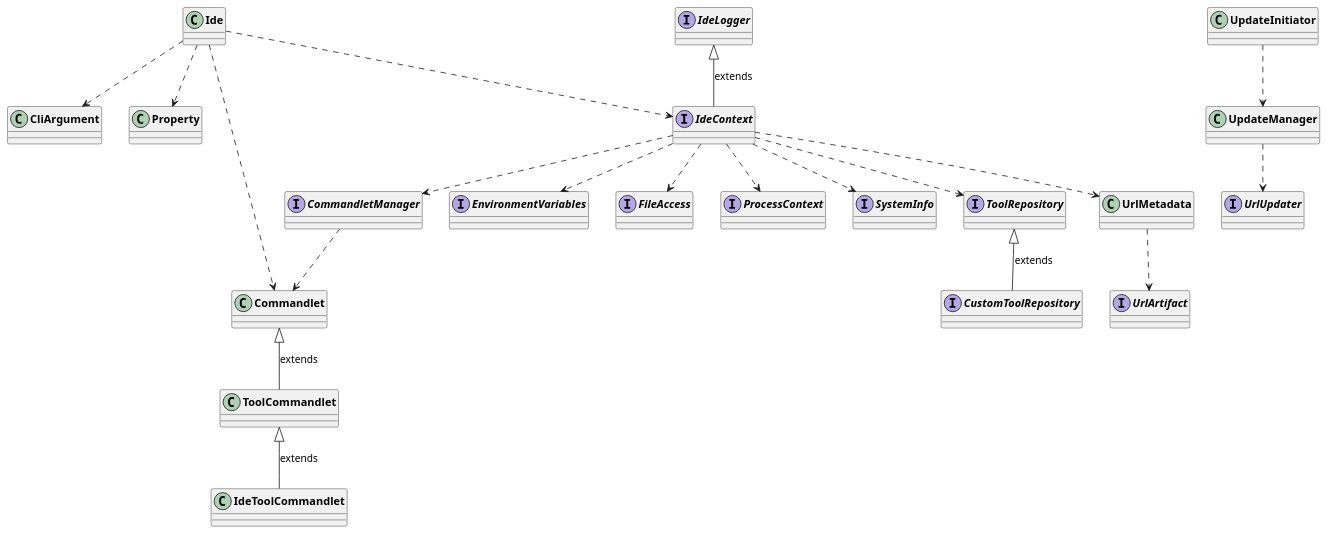
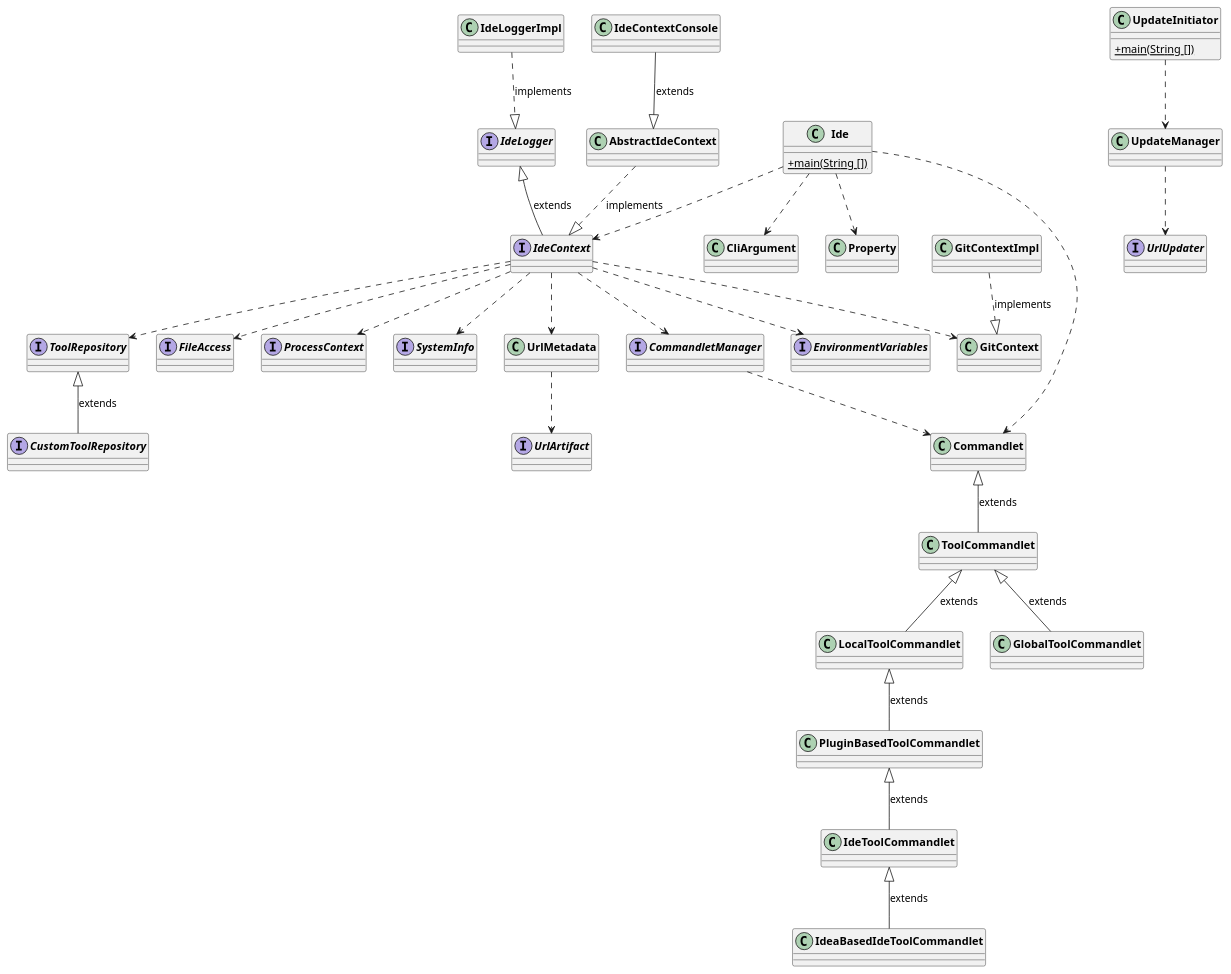
Before and after one commit to devonfw/IDEasy: the diagram in documentation/images/design.puml, drawn with PlantUML.

Commit message:
Add new classes and interfaces

```diff
--- a/documentation/images/design.puml
+++ b/documentation/images/design.puml
@@ -1,63 +1,83 @@
 @startuml
 skinparam classFontStyle bold
 skinparam classAttributeIconSize 0
 
 '''' Attributes and methods '''
 
-class Ide
+class Ide {
+  {static} +main(String [])
+}
 
 class CliArgument
 class Property
 
 interface IdeLogger
 interface IdeContext
 
 interface CommandletManager
 interface EnvironmentVariables
 interface FileAccess
 interface ProcessContext
 interface SystemInfo
 
 interface ToolRepository
 interface CustomToolRepository
 
 class UrlMetadata
 interface UrlArtifact
 
 class Commandlet
 class ToolCommandlet
+class LocalToolCommandlet
+class GlobalToolCommandlet
+class PluginBasedToolCommandlet
 class IdeToolCommandlet
+class IdeaBasedIdeToolCommandlet
 
-class UpdateInitiator
+class UpdateInitiator{
+  {static} +main(String [])
+}
+
 class UpdateManager
 interface UrlUpdater
 
 
 '''' Relations '''
 
 Ide ..> CliArgument
 Ide ..> Property
 Ide ..> Commandlet
 Ide ..> IdeContext
 
 IdeLogger <|-- IdeContext : extends
 
 IdeContext ..> CommandletManager
 IdeContext ..> EnvironmentVariables
 IdeContext ..> FileAccess
 IdeContext ..> ProcessContext
 IdeContext ..> SystemInfo
 IdeContext ..> ToolRepository
 IdeContext ..> UrlMetadata
+IdeContext ..> GitContext
 UrlMetadata ..> UrlArtifact
+
+AbstractIdeContext ..|> IdeContext : implements
+IdeContextConsole --|> AbstractIdeContext : extends
+IdeLoggerImpl ..|> IdeLogger : implements
+
+GitContextImpl ..|> GitContext  : implements
 
 CommandletManager ..> Commandlet
 Commandlet <|-- ToolCommandlet : extends
-ToolCommandlet <|-- IdeToolCommandlet : extends
+ToolCommandlet <|-- LocalToolCommandlet : extends
+ToolCommandlet <|-- GlobalToolCommandlet : extends
+LocalToolCommandlet <|-- PluginBasedToolCommandlet : extends
+PluginBasedToolCommandlet <|-- IdeToolCommandlet : extends
+IdeToolCommandlet <|-- IdeaBasedIdeToolCommandlet : extends
 
 ToolRepository <|-- CustomToolRepository : extends
 
 UpdateInitiator ..> UpdateManager
 UpdateManager ..> UrlUpdater
 
 @enduml
```
